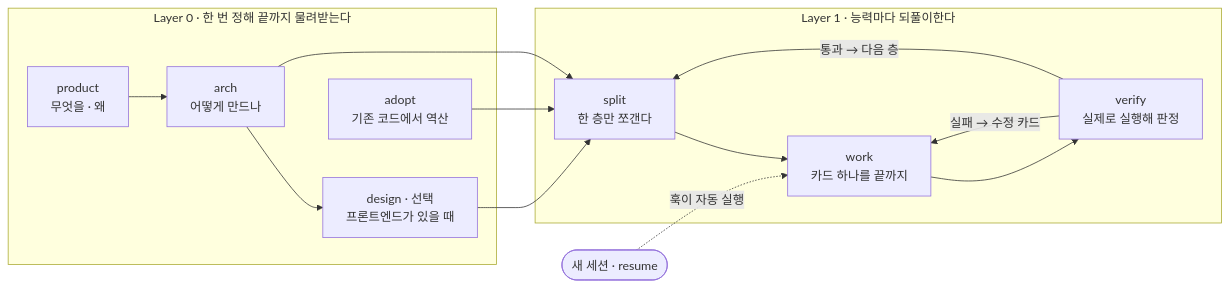
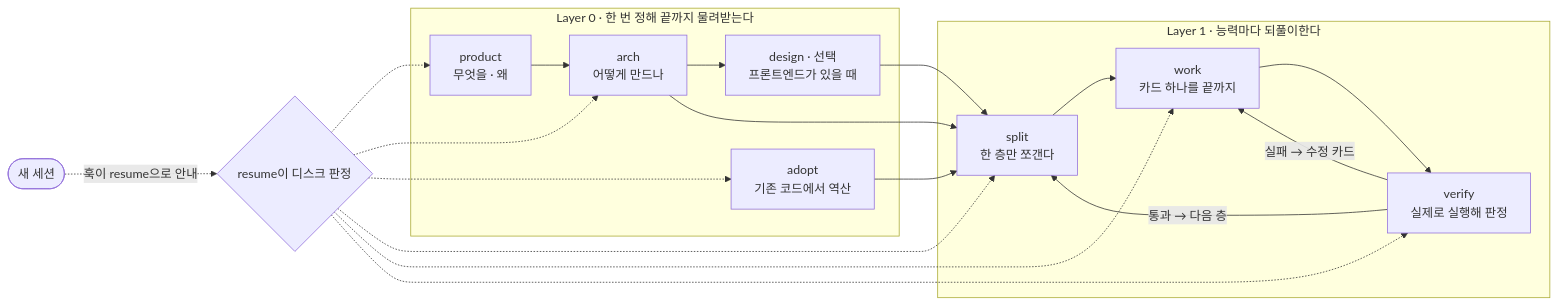
Before and after one commit to nanomia-ai/devflow: the first of 5 diagrams in README_ko.md, drawn with Mermaid. The commit also changed other lines of this file and 50 other files, not shown here.

````diff
--- a/README_ko.md
+++ b/README_ko.md
@@ -37,18 +37,24 @@
 ```mermaid
 flowchart LR
     subgraph L0["Layer 0 · 한 번 정해 끝까지 물려받는다"]
         P["product<br>무엇을 · 왜"] --> A["arch<br>어떻게 만드나"]
         A --> D["design · 선택<br>프론트엔드가 있을 때"]
         AD["adopt<br>기존 코드에서 역산"]
     end
     subgraph L1["Layer 1 · 능력마다 되풀이한다"]
         S["split<br>한 층만 쪼갠다"] --> W["work<br>카드 하나를 끝까지"]
         W --> V["verify<br>실제로 실행해 판정"]
         V -->|"실패 → 수정 카드"| W
         V -->|"통과 → 다음 층"| S
     end
     A --> S
     D --> S
     AD --> S
-    R(["새 세션 · resume"]) -.->|"훅이 자동 실행"| W
+    R(["새 세션"]) -.->|"훅이 resume으로 안내"| X{"resume이 디스크 판정"}
+    X -.-> P
+    X -.-> A
+    X -.-> AD
+    X -.-> S
+    X -.-> W
+    X -.-> V
 ```
````
